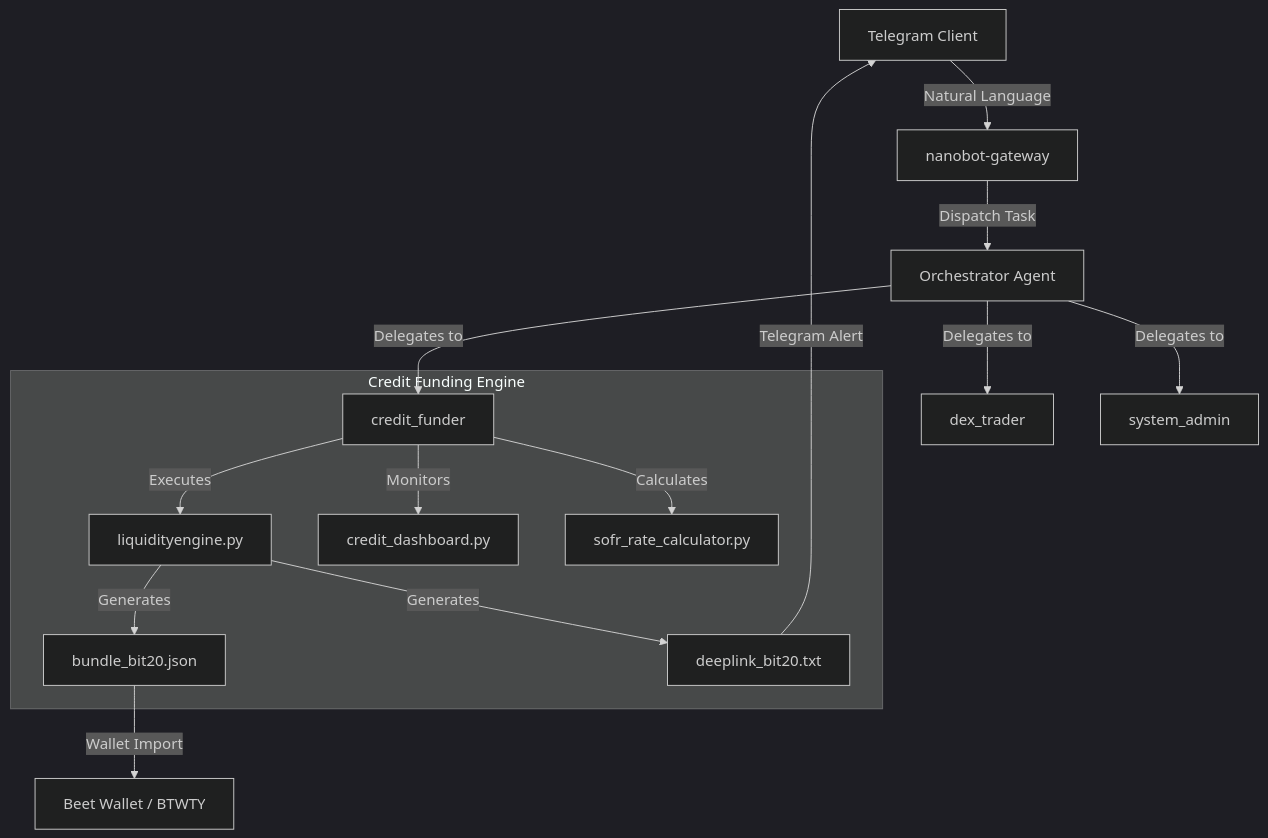
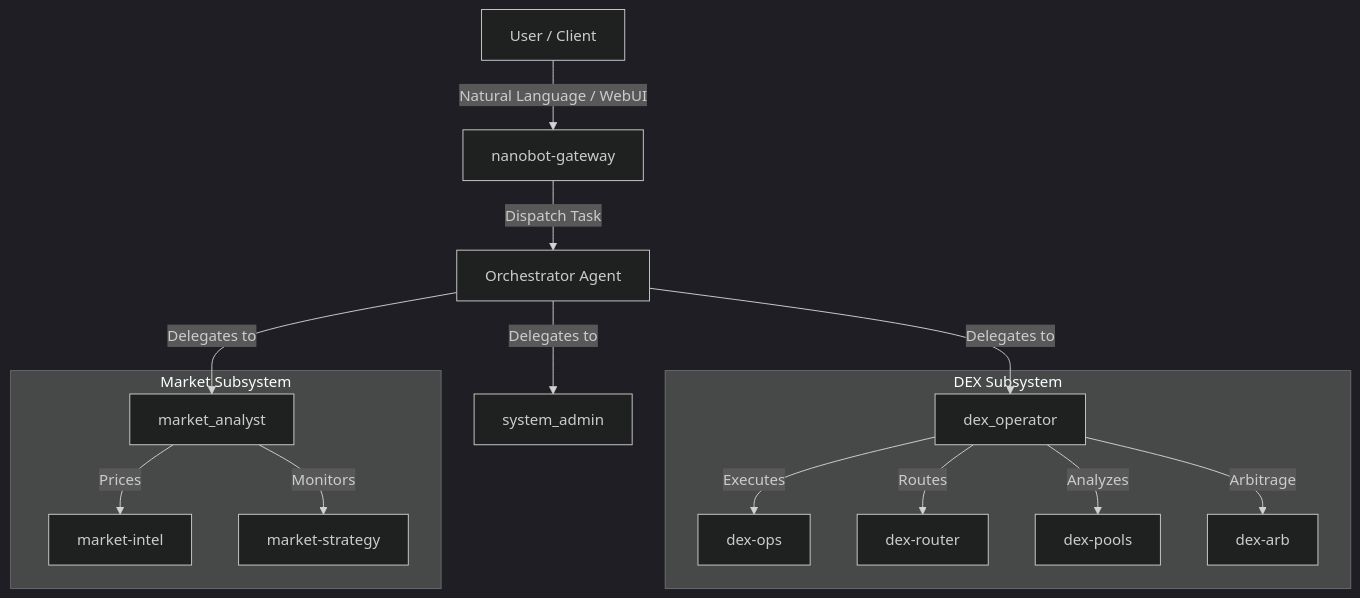
The diagram in README.md (usefuljohn/BitShares-Operation-Bot), drawn with Mermaid (dark theme) before and after one commit. The commit also changed other lines of this file and 8 other files, not shown here.

````diff
--- a/README.md
+++ b/README.md
@@ -12,19 +9,20 @@
 ```mermaid
 graph TD
-    Telegram[Telegram Client] -->|Natural Language| Gateway[nanobot-gateway]
+    User[User / Client] -->|Natural Language / WebUI| Gateway[nanobot-gateway]
     Gateway -->|Dispatch Task| Orchestrator[Orchestrator Agent]
-    Orchestrator -->|Delegates to| Funder[credit_funder]
-    Orchestrator -->|Delegates to| Trader[dex_trader]
+    Orchestrator -->|Delegates to| Operator[dex_operator]
+    Orchestrator -->|Delegates to| Analyst[market_analyst]
     Orchestrator -->|Delegates to| Admin[system_admin]
 
-    subgraph "Credit Funding Engine"
-        Funder -->|Executes| LE[liquidityengine.py]
-        Funder -->|Monitors| CD[credit_dashboard.py]
-        Funder -->|Calculates| SOFR[sofr_rate_calculator.py]
-        LE -->|Generates| Bundle[bundle_bit20.json]
-        LE -->|Generates| Deeplink[deeplink_bit20.txt]
+    subgraph "DEX Subsystem"
+        Operator -->|Executes| Ops[dex-ops]
+        Operator -->|Routes| Router[dex-router]
+        Operator -->|Analyzes| Pools[dex-pools]
+        Operator -->|Arbitrage| Arb[dex-arb]
     end
 
-    Deeplink -->|Telegram Alert| Telegram
-    Bundle -->|Wallet Import| BeetWallet[Beet Wallet / BTWTY]
+    subgraph "Market Subsystem"
+        Analyst -->|Prices| Intel[market-intel]
+        Analyst -->|Monitors| Strategy[market-strategy]
+    end
 ```
````
